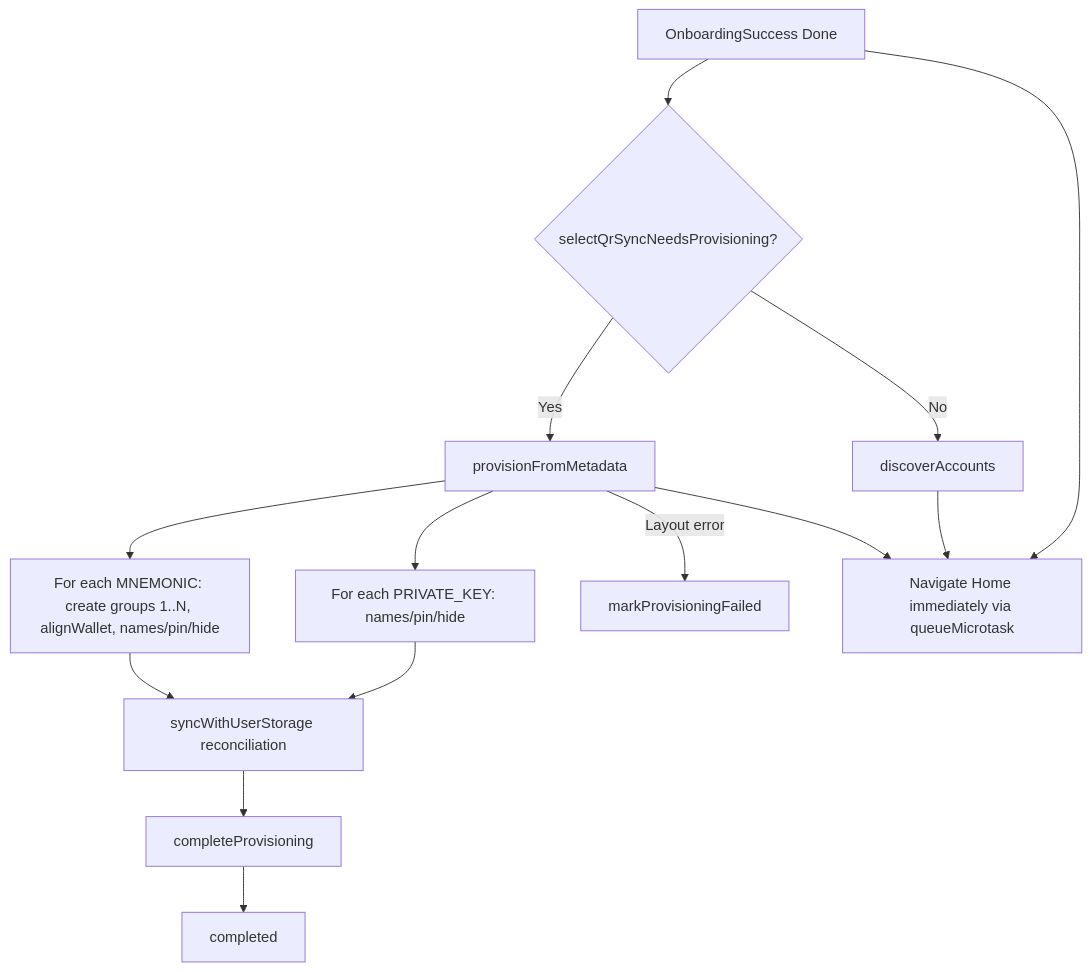
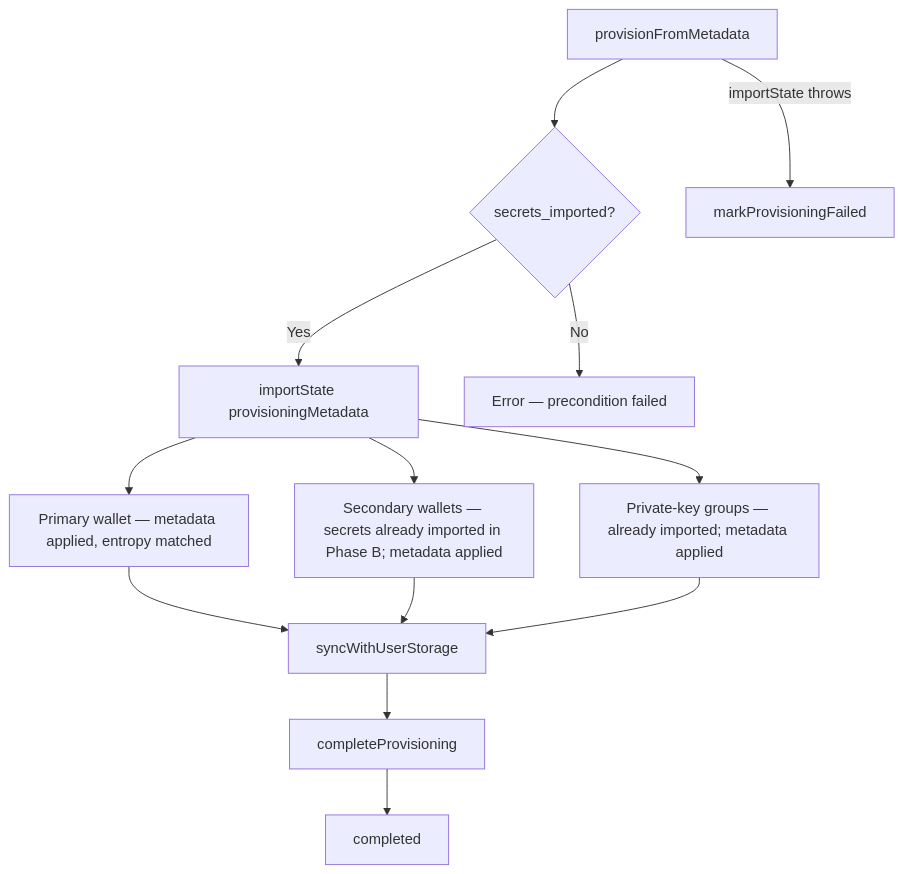
One commit to MetaMask/metamask-mobile changed the fourth of 4 diagrams in docs/qr-sync/provisioning-technical.md. Above: the diagram before and after it, drawn with Mermaid. The commit also changed other lines of this file and 32 other files, not shown here.

First line of the commit message:
refactor: use `AccountTreeController:importState` in QR sync flow (#34760)

````diff
--- a/docs/qr-sync/provisioning-technical.md
+++ b/docs/qr-sync/provisioning-technical.md
@@ -298,16 +264,15 @@
 ```mermaid
 flowchart TD
-    A[OnboardingSuccess Done] --> B{selectQrSyncNeedsProvisioning?}
-    B -->|Yes| C[provisionFromMetadata]
-    B -->|No| D[discoverAccounts]
-    C --> E[For each MNEMONIC: create groups 1..N, alignWallet, names/pin/hide]
-    C --> F[For each PRIVATE_KEY: names/pin/hide]
-    E --> R[syncWithUserStorage reconciliation]
-    F --> R
+    A[provisionFromMetadata] --> B{secrets_imported?}
+    B -->|Yes| B2[importState provisioningMetadata]
+    B -->|No| ERR[Error — precondition failed]
+    B2 --> C[Primary wallet — metadata applied, entropy matched]
+    B2 --> D[Secondary wallets — secrets already imported in Phase B; metadata applied]
+    B2 --> E[Private-key groups — already imported; metadata applied]
+    C --> R[syncWithUserStorage]
+    D --> R
+    E --> R
     R --> G[completeProvisioning]
     G --> I[completed]
-    C -->|Layout error| H[markProvisioningFailed]
-    A --> J[Navigate Home immediately via queueMicrotask]
-    D --> J
-    C --> J
+    A -->|importState throws| H[markProvisioningFailed]
 ```
````
